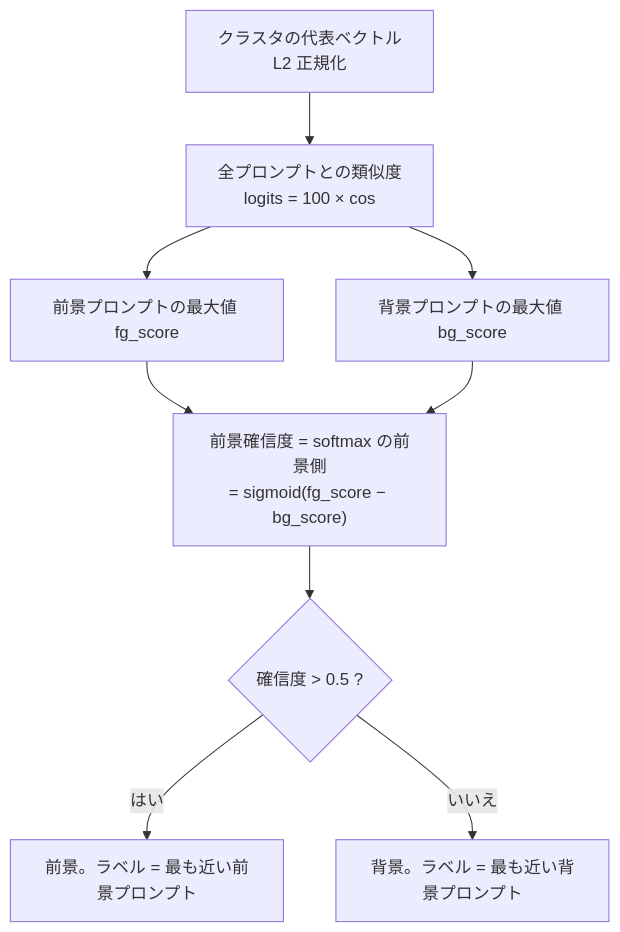
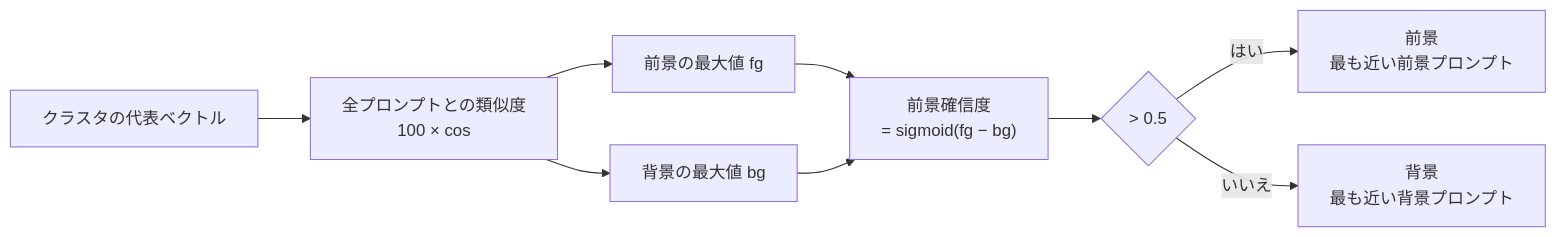
Before and after one commit to fklg-64/pe_anything_detect: the second of 3 diagrams in docs/coarse_segmentation.md, drawn with Mermaid. The commit also changed other lines of this file and 85 other files, not shown here.

````diff
--- a/docs/coarse_segmentation.md
+++ b/docs/coarse_segmentation.md
@@ -115,11 +58,11 @@
 ```mermaid
-flowchart TD
-    A["クラスタの代表ベクトル<br/>L2 正規化"] --> B["全プロンプトとの類似度<br/>logits = 100 × cos"]
-    B --> C["前景プロンプトの最大値 fg_score"]
-    B --> D["背景プロンプトの最大値 bg_score"]
-    C --> E["前景確信度 = softmax の前景側<br/>= sigmoid(fg_score − bg_score)"]
+flowchart LR
+    A["クラスタの代表ベクトル"] --> B["全プロンプトとの類似度<br/>100 × cos"]
+    B --> C["前景の最大値 fg"]
+    B --> D["背景の最大値 bg"]
+    C --> E["前景確信度<br/>= sigmoid(fg − bg)"]
     D --> E
-    E --> F{"確信度 > 0.5 ?"}
-    F -->|はい| G["前景。ラベル = 最も近い前景プロンプト"]
-    F -->|いいえ| H["背景。ラベル = 最も近い背景プロンプト"]
+    E --> F{"> 0.5"}
+    F -->|はい| G["前景<br/>最も近い前景プロンプト"]
+    F -->|いいえ| H["背景<br/>最も近い背景プロンプト"]
 ```
````
